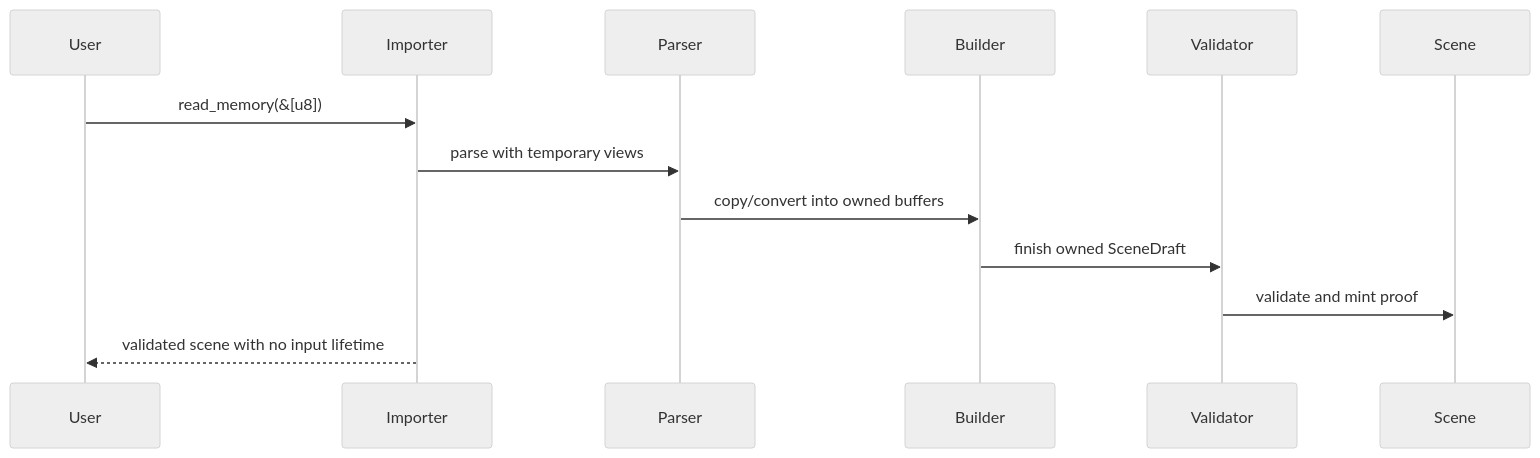
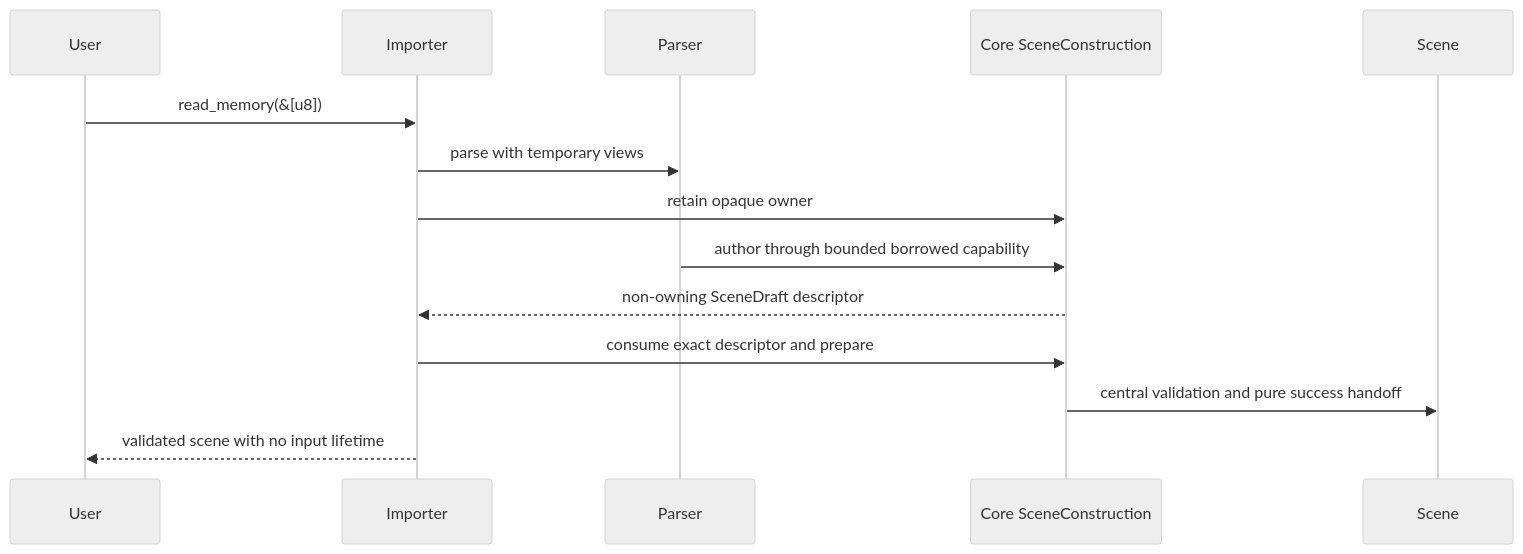
One commit to Latias94/baozi changed the second of 2 diagrams in docs/adr/0009-data-ownership-zero-copy-lifetimes-and-memory-layout.md. Above: the diagram before and after it, drawn with Mermaid (neutral theme). The commit also changed other lines of this file and 18 other files, not shown here.

First line of the commit message:
docs(architecture): align canonical cutover gates

````diff
--- a/docs/adr/0009-data-ownership-zero-copy-lifetimes-and-memory-layout.md
+++ b/docs/adr/0009-data-ownership-zero-copy-lifetimes-and-memory-layout.md
@@ -72,16 +73,17 @@
 ```mermaid
 sequenceDiagram
     participant User
     participant Importer
     participant Parser
-    participant Builder
-    participant Validator
+    participant Construction as Core SceneConstruction
     participant Scene
 
     User->>Importer: read_memory(&[u8])
     Importer->>Parser: parse with temporary views
-    Parser->>Builder: copy/convert into owned buffers
-    Builder->>Validator: finish owned SceneDraft
-    Validator->>Scene: validate and mint proof
+    Importer->>Construction: retain opaque owner
+    Parser->>Construction: author through bounded borrowed capability
+    Construction-->>Importer: non-owning SceneDraft descriptor
+    Importer->>Construction: consume exact descriptor and prepare
+    Construction->>Scene: central validation and pure success handoff
     Importer-->>User: validated scene with no input lifetime
 ```
````
